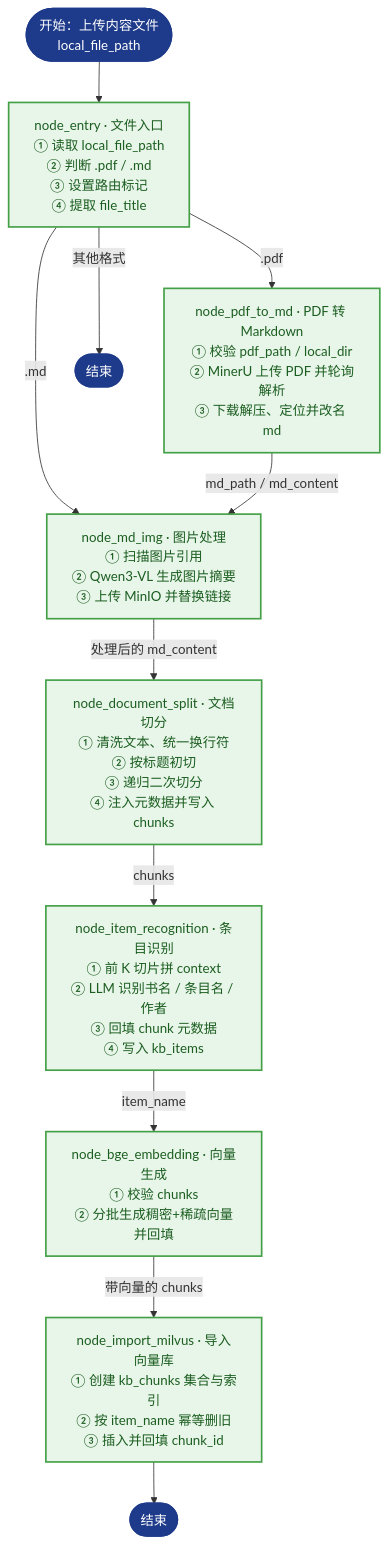
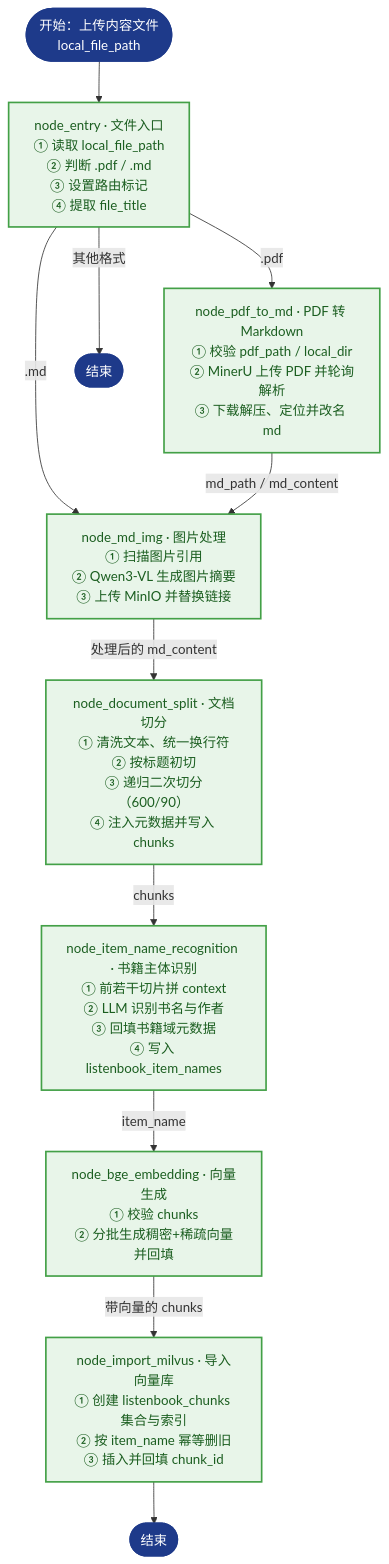
The first of 2 diagrams in README.md (Zebra0312/listenbook_rag), drawn with Mermaid before and after one commit. The commit also changed other lines of this file and 2 other files, not shown here.

Commit message:
[新增]检索模块总流程图的后端api服务以及检索模块的前端demo页面(已测试可跑通);readme同步项目进度

````diff
--- a/README.md
+++ b/README.md
@@ -150,30 +167,30 @@
 ```mermaid
 flowchart TD
     classDef startEnd fill:#1e3a8a,stroke:#1e3a8a,color:#ffffff,stroke-width:2px,rx:14px,ry:14px;
     classDef done fill:#e8f5e9,stroke:#43a047,color:#1b5e20,stroke-width:2px;
 
     START(["开始：上传内容文件<br/>local_file_path"]):::startEnd --> N1
 
     N1["node_entry · 文件入口<br/>① 读取 local_file_path<br/>② 判断 .pdf / .md<br/>③ 设置路由标记<br/>④ 提取 file_title"]:::done
     N1 -->|".md"| N3
     N1 -->|".pdf"| N2
     N1 -->|"其他格式"| END_A(["结束"]):::startEnd
 
     N2["node_pdf_to_md · PDF 转 Markdown<br/>① 校验 pdf_path / local_dir<br/>② MinerU 上传 PDF 并轮询解析<br/>③ 下载解压、定位并改名 md"]:::done
     N2 -->|"md_path / md_content"| N3
 
     N3["node_md_img · 图片处理<br/>① 扫描图片引用<br/>② Qwen3-VL 生成图片摘要<br/>③ 上传 MinIO 并替换链接"]:::done
     N3 -->|"处理后的 md_content"| N4
 
-    N4["node_document_split · 文档切分<br/>① 清洗文本、统一换行符<br/>② 按标题初切<br/>③ 递归二次切分<br/>④ 注入元数据并写入 chunks"]:::done
+    N4["node_document_split · 文档切分<br/>① 清洗文本、统一换行符<br/>② 按标题初切<br/>③ 递归二次切分（600/90）<br/>④ 注入元数据并写入 chunks"]:::done
     N4 -->|"chunks"| N5
 
-    N5["node_item_recognition · 条目识别<br/>① 前 K 切片拼 context<br/>② LLM 识别书名 / 条目名 / 作者<br/>③ 回填 chunk 元数据<br/>④ 写入 kb_items"]:::done
+    N5["node_item_name_recognition · 书籍主体识别<br/>① 前若干切片拼 context<br/>② LLM 识别书名与作者<br/>③ 回填书籍域元数据<br/>④ 写入 listenbook_item_names"]:::done
     N5 -->|"item_name"| N6
 
     N6["node_bge_embedding · 向量生成<br/>① 校验 chunks<br/>② 分批生成稠密+稀疏向量并回填"]:::done
     N6 -->|"带向量的 chunks"| N7
 
-    N7["node_import_milvus · 导入向量库<br/>① 创建 kb_chunks 集合与索引<br/>② 按 item_name 幂等删旧<br/>③ 插入并回填 chunk_id"]:::done
+    N7["node_import_milvus · 导入向量库<br/>① 创建 listenbook_chunks 集合与索引<br/>② 按 item_name 幂等删旧<br/>③ 插入并回填 chunk_id"]:::done
     N7 --> END_B(["结束"]):::startEnd
 ```
````
